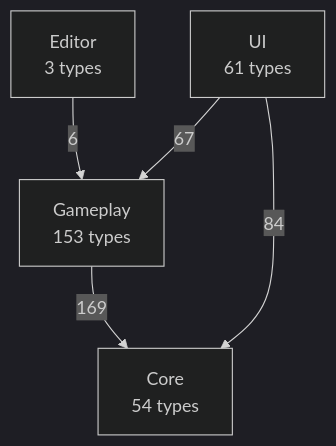
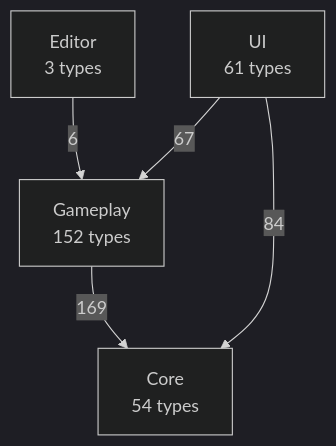
Before and after one commit to PhumipatWave/project-ocean: the first of 2 diagrams in docs/uml/00-overview.md, drawn with Mermaid (dark theme). The commit also changed other lines of this file and 115 other files, not shown here.

````diff
--- a/docs/uml/00-overview.md
+++ b/docs/uml/00-overview.md
@@ -11,11 +11,11 @@
 ```mermaid
 flowchart TB
   Editor["Editor<br/>3 types"]
   UI["UI<br/>61 types"]
-  Gameplay["Gameplay<br/>153 types"]
+  Gameplay["Gameplay<br/>152 types"]
   Core["Core<br/>54 types"]
   Editor -->|6| Gameplay
   Gameplay -->|169| Core
   UI -->|84| Core
   UI -->|67| Gameplay
 ```
````
